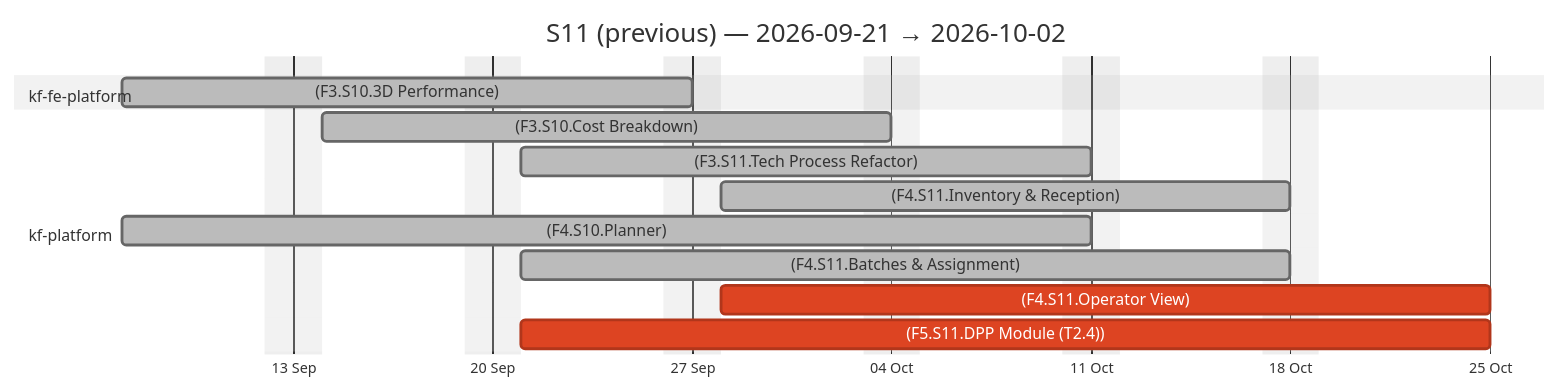
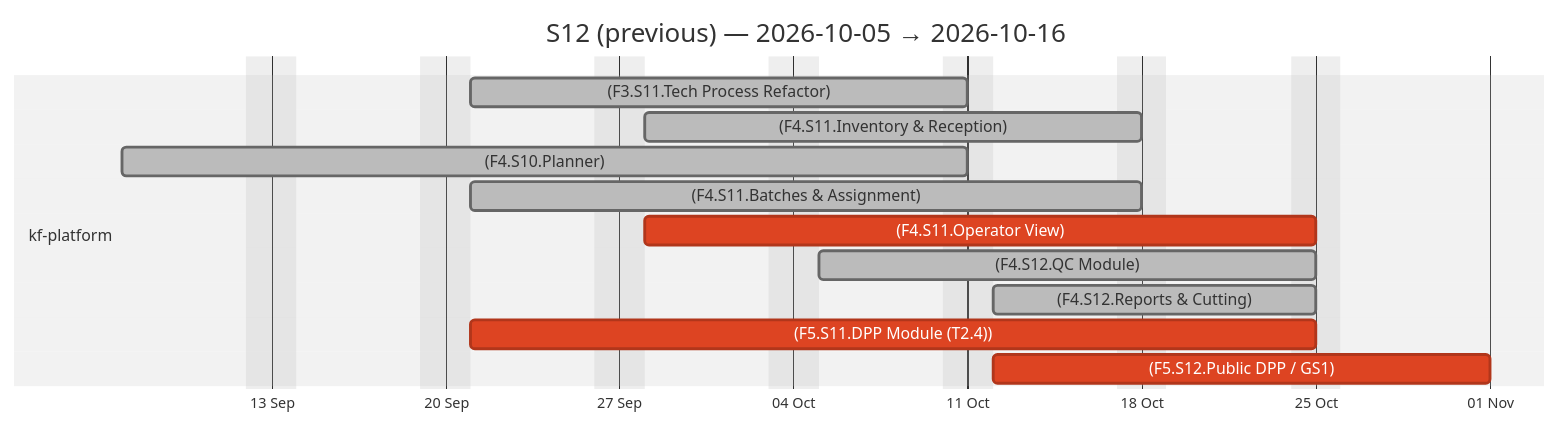
The second of 4 diagrams in docs/agile-sprints.md (Katty-Fashion/kf-cpto), drawn with Mermaid (neutral theme) before and after one commit. The commit also changed other lines of this file and 16 other files, not shown here.

````diff
--- a/docs/agile-sprints.md
+++ b/docs/agile-sprints.md
@@ -51,18 +51,18 @@
 ```mermaid
 gantt
-    title S11 (previous) — 2026-09-21 → 2026-10-02
+    title S12 (previous) — 2026-10-05 → 2026-10-16
     dateFormat YYYY-MM-DD
     axisFormat %d %b
     excludes weekends
 
-    section kf-fe-platform
-    (F3.S10.3D Performance) :done, 2026-09-07, 2026-09-27
     section kf-platform
-    (F3.S10.Cost Breakdown) :done, 2026-09-14, 2026-10-04
     (F3.S11.Tech Process Refactor) :done, 2026-09-21, 2026-10-11
     (F4.S11.Inventory & Reception) :done, 2026-09-28, 2026-10-18
     (F4.S10.Planner) :done, 2026-09-07, 2026-10-11
     (F4.S11.Batches & Assignment) :done, 2026-09-21, 2026-10-18
     (F4.S11.Operator View) :crit, 2026-09-28, 2026-10-25
+    (F4.S12.QC Module) :done, 2026-10-05, 2026-10-25
+    (F4.S12.Reports & Cutting) :done, 2026-10-12, 2026-10-25
     (F5.S11.DPP Module (T2.4)) :crit, 2026-09-21, 2026-10-25
+    (F5.S12.Public DPP / GS1) :crit, 2026-10-12, 2026-11-01
 ```
````
